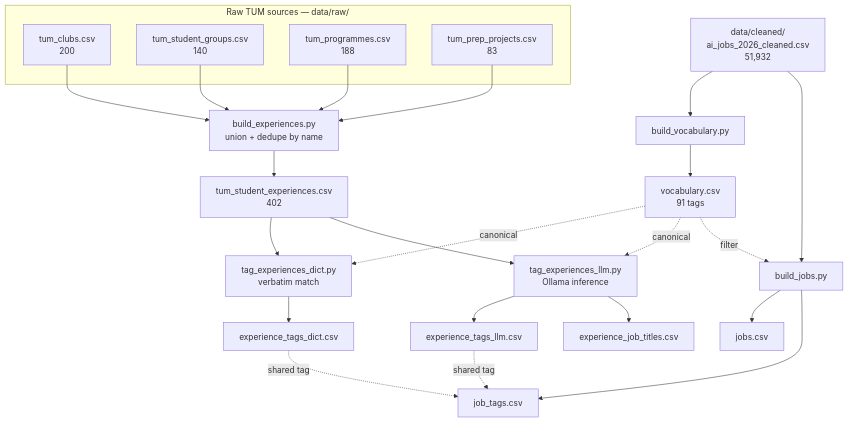
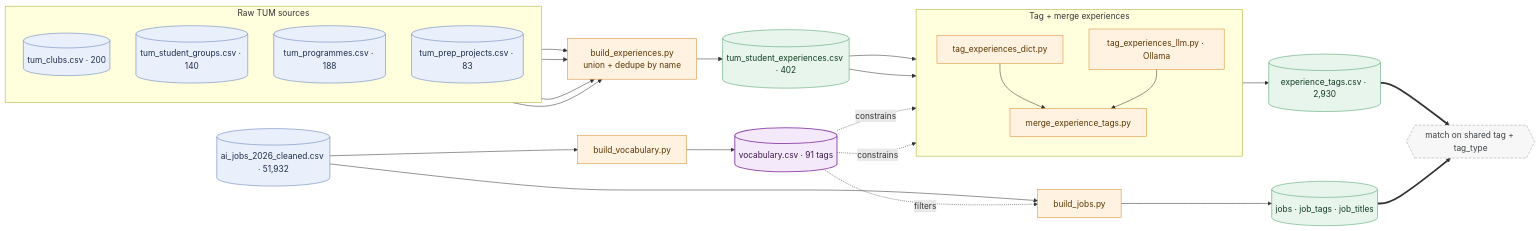
One commit to namitdeb739/career-detective changed the first of 2 diagrams in docs/data-pipeline.md. Above: the diagram before and after it, drawn with Mermaid. The commit also changed other lines of this file and 1 other file, not shown here.

Commit message:
docs(data): redesign the at-a-glance pipeline diagram
Clearer left-to-right data-flow: cylinders for data files vs rectangles for
scripts, colour-coded roles via classDef (raw / script / table / shared
vocabulary / planned), stage subgraphs, and the merge + match steps included.
Replaces the crowded top-down graph.

````diff
--- a/docs/data-pipeline.md
+++ b/docs/data-pipeline.md
@@ -13,33 +13,61 @@
 ```mermaid
-flowchart TB
-    subgraph raw ["Raw TUM sources — data/raw/"]
-        clubs["tum_clubs.csv<br>200"]
-        groups["tum_student_groups.csv<br>140"]
-        progs["tum_programmes.csv<br>188"]
-        prep["tum_prep_projects.csv<br>83"]
+flowchart LR
+    classDef src fill:#eaf0fb,stroke:#5c79b8,color:#1c2c4a
+    classDef proc fill:#fff2e0,stroke:#d98a2b,color:#5a3500
+    classDef tbl fill:#e7f5ec,stroke:#4a9d66,color:#123a22
+    classDef key fill:#f4e9fa,stroke:#9a55b3,color:#3a1747,stroke-width:2px
+    classDef future fill:#f7f7f7,stroke:#9aa0a6,color:#3c4043,stroke-dasharray:5 3
+
+    subgraph RAW ["Raw TUM sources"]
+        direction TB
+        C[("tum_clubs.csv · 200")]
+        G[("tum_student_groups.csv · 140")]
+        P[("tum_programmes.csv · 188")]
+        R[("tum_prep_projects.csv · 83")]
     end
 
-    jobsraw["data/cleaned/<br>ai_jobs_2026_cleaned.csv<br>51,932"]
+    JRAW[("ai_jobs_2026_cleaned.csv · 51,932")]
 
-    clubs --> BE
-    groups --> BE
-    progs --> BE
-    prep --> BE
-    BE["build_experiences.py<br>union + dedupe by name"] --> experiences["tum_student_experiences.csv<br>402"]
+    BE["build_experiences.py<br/>union + dedupe by name"]
+    EXP[("tum_student_experiences.csv · 402")]
+    BV["build_vocabulary.py"]
+    VOC[("vocabulary.csv · 91 tags")]
+    BJ["build_jobs.py"]
+    JOBS[("jobs · job_tags · job_titles")]
 
-    jobsraw --> BV["build_vocabulary.py"] --> vocab["vocabulary.csv<br>91 tags"]
+    subgraph TAG ["Tag + merge experiences"]
+        direction TB
+        TD["tag_experiences_dict.py"]
+        TL["tag_experiences_llm.py · Ollama"]
+        MG["merge_experience_tags.py"]
+    end
+    ET[("experience_tags.csv · 2,930")]
 
-    experiences --> TD["tag_experiences_dict.py<br>verbatim match"] --> tdict["experience_tags_dict.csv"]
-    experiences --> TL["tag_experiences_llm.py<br>Ollama inference"] --> tllm["experience_tags_llm.csv"]
-    TL --> titles["experience_job_titles.csv"]
-    vocab -.canonical.-> TD
-    vocab -.canonical.-> TL
+    MATCH{{"match on shared tag + tag_type"}}
 
-    jobsraw --> BJ["build_jobs.py"]
-    BJ --> jobs["jobs.csv"]
-    BJ --> jtags["job_tags.csv"]
-    vocab -.filter.-> BJ
+    C --> BE
+    G --> BE
+    P --> BE
+    R --> BE
+    BE --> EXP
 
-    tdict -. shared tag .-> jtags
-    tllm -. shared tag .-> jtags
+    JRAW --> BV --> VOC
+    JRAW --> BJ --> JOBS
+
+    EXP --> TD --> MG
+    EXP --> TL --> MG
+    MG --> ET
+
+    VOC -. constrains .-> TD
+    VOC -. constrains .-> TL
+    VOC -. filters .-> BJ
+
+    ET ==> MATCH
+    JOBS ==> MATCH
+
+    class C,G,P,R,JRAW src
+    class BE,BV,BJ,TD,TL,MG proc
+    class EXP,JOBS,ET tbl
+    class VOC key
+    class MATCH future
 ```
````
